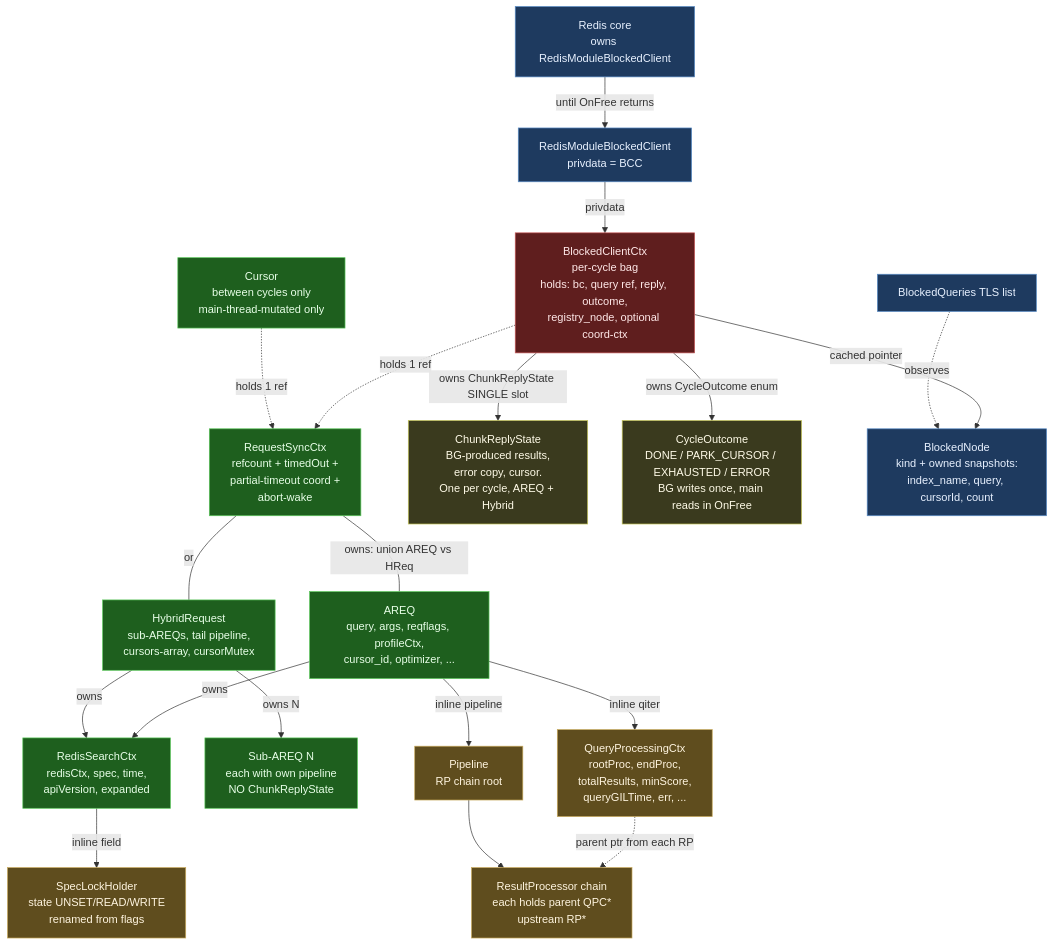
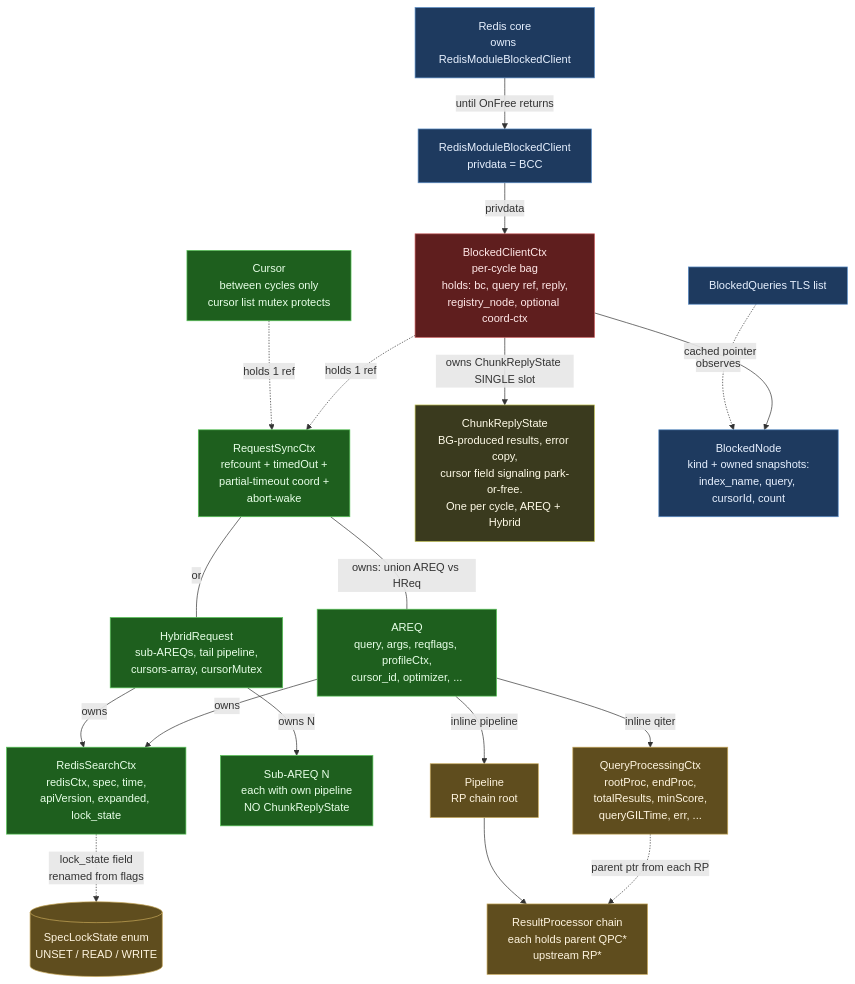
One commit to RediSearch/RediSearch changed the diagram in docs/design/blocked_client_struct_relationships.md. Above: the diagram before and after it, drawn with Mermaid. The commit also changed other lines of this file and 1 other file, not shown here.

First line of the commit message:
Refactor BlockedClientCtx and related structures for improved clarity and synchronization

````diff
--- a/docs/design/blocked_client_struct_relationships.md
+++ b/docs/design/blocked_client_struct_relationships.md
@@ -9,53 +9,50 @@
 ```mermaid
 flowchart TD
   classDef redis fill:#1e3a5f,stroke:#5a8dc7,color:#e8f1ff
   classDef perCycle fill:#5f1e1e,stroke:#c75a5a,color:#ffe8e8
   classDef perQuery fill:#1e5f1e,stroke:#5ac75a,color:#e8ffe8
   classDef bg fill:#5f4d1e,stroke:#c7a85a,color:#fff5e0
   classDef shared fill:#3a3a1e,stroke:#c7c75a,color:#fffbe8
 
   Redis[Redis core<br/>owns RedisModuleBlockedClient]:::redis
   BC[RedisModuleBlockedClient<br/>privdata = BCC]:::redis
   Redis -->|until OnFree returns| BC
 
   BC -->|privdata| BCC
-  BCC[BlockedClientCtx<br/>per-cycle bag<br/>holds: bc, query ref, reply, outcome,<br/>registry_node, optional coord-ctx]:::perCycle
+  BCC[BlockedClientCtx<br/>per-cycle bag<br/>holds: bc, query ref, reply,<br/>registry_node, optional coord-ctx]:::perCycle
   BCC -.holds 1 ref.-> RSC
 
-  CURS[Cursor<br/>between cycles only<br/>main-thread-mutated only]:::perQuery
+  CURS[Cursor<br/>between cycles only<br/>cursor list mutex protects]:::perQuery
   CURS -.holds 1 ref.-> RSC
 
   RSC[RequestSyncCtx<br/>refcount + timedOut +<br/>partial-timeout coord +<br/>abort-wake]:::perQuery
   RSC ---|owns: union AREQ vs HReq| AREQ
   RSC ---|or| HREQ
 
   AREQ[AREQ<br/>query, args, reqflags, profileCtx,<br/>cursor_id, optimizer, ...]:::perQuery
   HREQ[HybridRequest<br/>sub-AREQs, tail pipeline,<br/>cursors-array, cursorMutex]:::perQuery
 
   AREQ -->|owns| SCTX
   HREQ -->|owns| SCTX
   HREQ -->|owns N| AREQSUB[Sub-AREQ N<br/>each with own pipeline<br/>NO ChunkReplyState]:::perQuery
 
-  SCTX[RedisSearchCtx<br/>redisCtx, spec, time,<br/>apiVersion, expanded]:::perQuery
-  SCTX -->|inline field| HOLD
-  HOLD[SpecLockHolder<br/>state UNSET/READ/WRITE<br/>renamed from flags]:::bg
+  SCTX[RedisSearchCtx<br/>redisCtx, spec, time,<br/>apiVersion, expanded, lock_state]:::perQuery
+  SCTX -.lock_state field<br/>renamed from flags.-> STATE
+  STATE[(SpecLockState enum<br/>UNSET / READ / WRITE)]:::bg
 
   AREQ -->|inline qiter| QPC
   QPC[QueryProcessingCtx<br/>rootProc, endProc,<br/>totalResults, minScore,<br/>queryGILTime, err, ...]:::bg
   QPC -.parent ptr from each RP.-> RPCH
 
   AREQ -->|inline pipeline| PIPE
   PIPE[Pipeline<br/>RP chain root]:::bg
   PIPE --> RPCH[ResultProcessor chain<br/>each holds parent QPC*<br/>upstream RP*]:::bg
 
   BCC -->|owns ChunkReplyState SINGLE slot| BCCREPLY
-  BCCREPLY[ChunkReplyState<br/>BG-produced results,<br/>error copy, cursor.<br/>One per cycle, AREQ + Hybrid]:::shared
-
-  BCC -->|owns CycleOutcome enum| BCCOUT
-  BCCOUT[CycleOutcome<br/>DONE / PARK_CURSOR / EXHAUSTED / ERROR<br/>BG writes once, main reads in OnFree]:::shared
+  BCCREPLY[ChunkReplyState<br/>BG-produced results, error copy,<br/>cursor field signaling park-or-free.<br/>One per cycle, AREQ + Hybrid]:::shared
 
   BCC -->|cached pointer| BNODE
   REG[BlockedQueries TLS list]:::redis
   REG -.observes.-> BNODE
   BNODE[BlockedNode<br/>kind + owned snapshots:<br/>index_name, query, cursorId, count]:::redis
 ```
````
